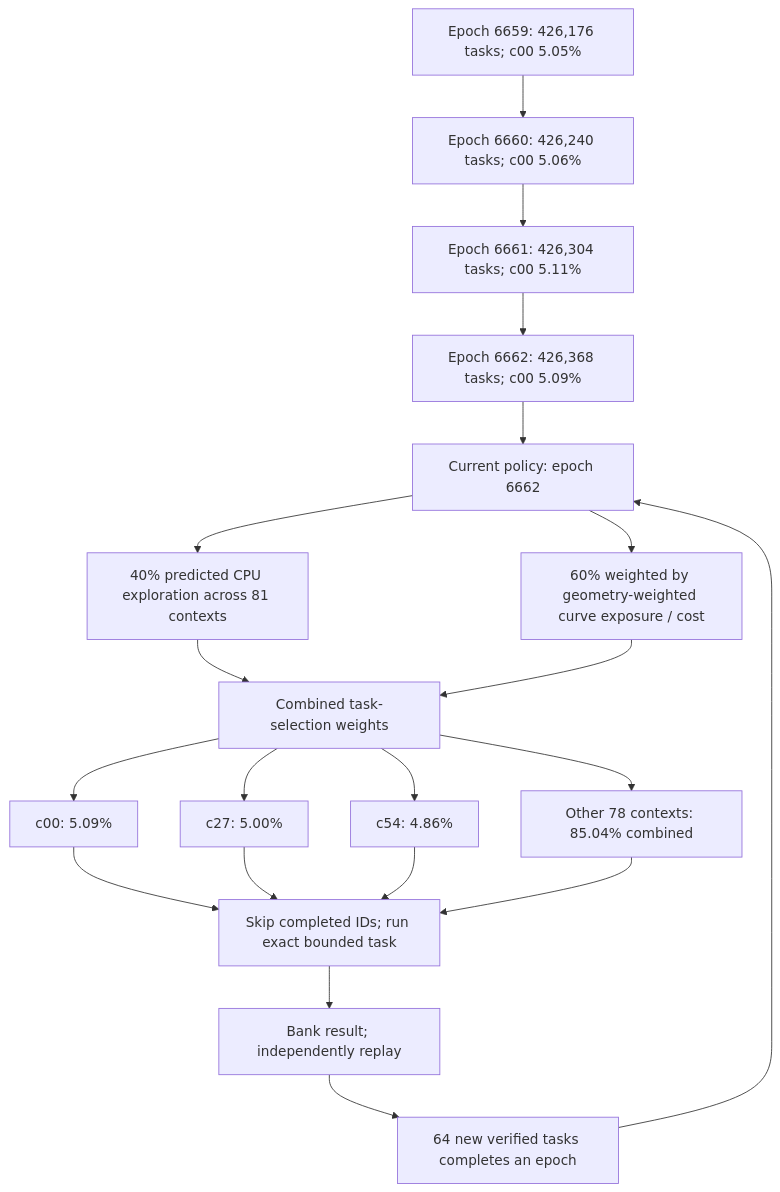
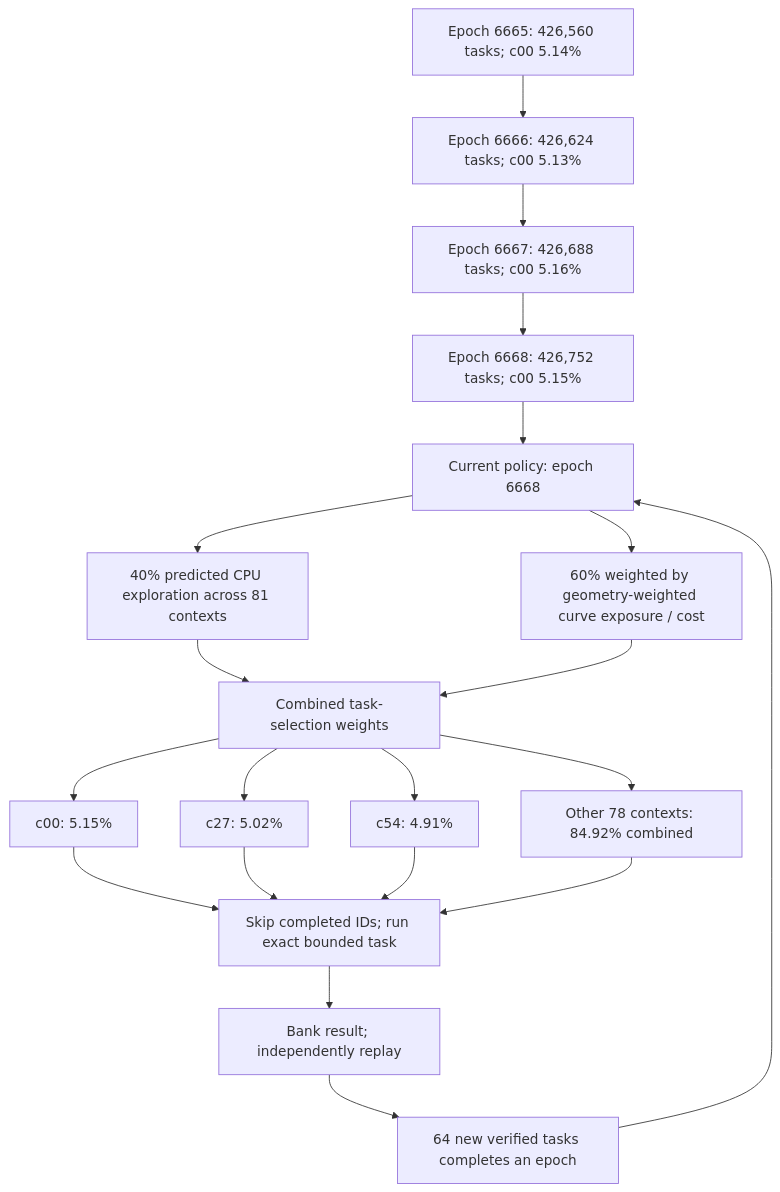
Before and after one commit to Kuberwastaken/math-gambling: the first of 4 diagrams in README.md, drawn with Mermaid. The commit also changed other lines of this file and 1469 other files, not shown here.

````diff
--- a/README.md
+++ b/README.md
@@ -60,27 +60,27 @@
 ```mermaid
 flowchart TD
-    H0["Epoch 6659: 426,176 tasks; c00 5.05%"]
-    H1["Epoch 6660: 426,240 tasks; c00 5.06%"]
+    H0["Epoch 6665: 426,560 tasks; c00 5.14%"]
+    H1["Epoch 6666: 426,624 tasks; c00 5.13%"]
     H0 --> H1
-    H2["Epoch 6661: 426,304 tasks; c00 5.11%"]
+    H2["Epoch 6667: 426,688 tasks; c00 5.16%"]
     H1 --> H2
-    H3["Epoch 6662: 426,368 tasks; c00 5.09%"]
+    H3["Epoch 6668: 426,752 tasks; c00 5.15%"]
     H2 --> H3
-    Policy["Current policy: epoch 6662"]
+    Policy["Current policy: epoch 6668"]
     H3 --> Policy
     Policy --> Explore["40% predicted CPU exploration across 81 contexts"]
     Policy --> Cost["60% weighted by geometry-weighted curve exposure / cost"]
     Explore --> Mix["Combined task-selection weights"]
     Cost --> Mix
-    Mix --> C0["c00: 5.09%"]
-    Mix --> C1["c27: 5.00%"]
-    Mix --> C2["c54: 4.86%"]
-    Mix --> Rest["Other 78 contexts: 85.04% combined"]
+    Mix --> C0["c00: 5.15%"]
+    Mix --> C1["c27: 5.02%"]
+    Mix --> C2["c54: 4.91%"]
+    Mix --> Rest["Other 78 contexts: 84.92% combined"]
     C0 --> Check["Skip completed IDs; run exact bounded task"]
     C1 --> Check
     C2 --> Check
     Rest --> Check
     Check --> Replay["Bank result; independently replay"]
     Replay --> Gate["64 new verified tasks completes an epoch"]
     Gate --> Policy
 ```
````
